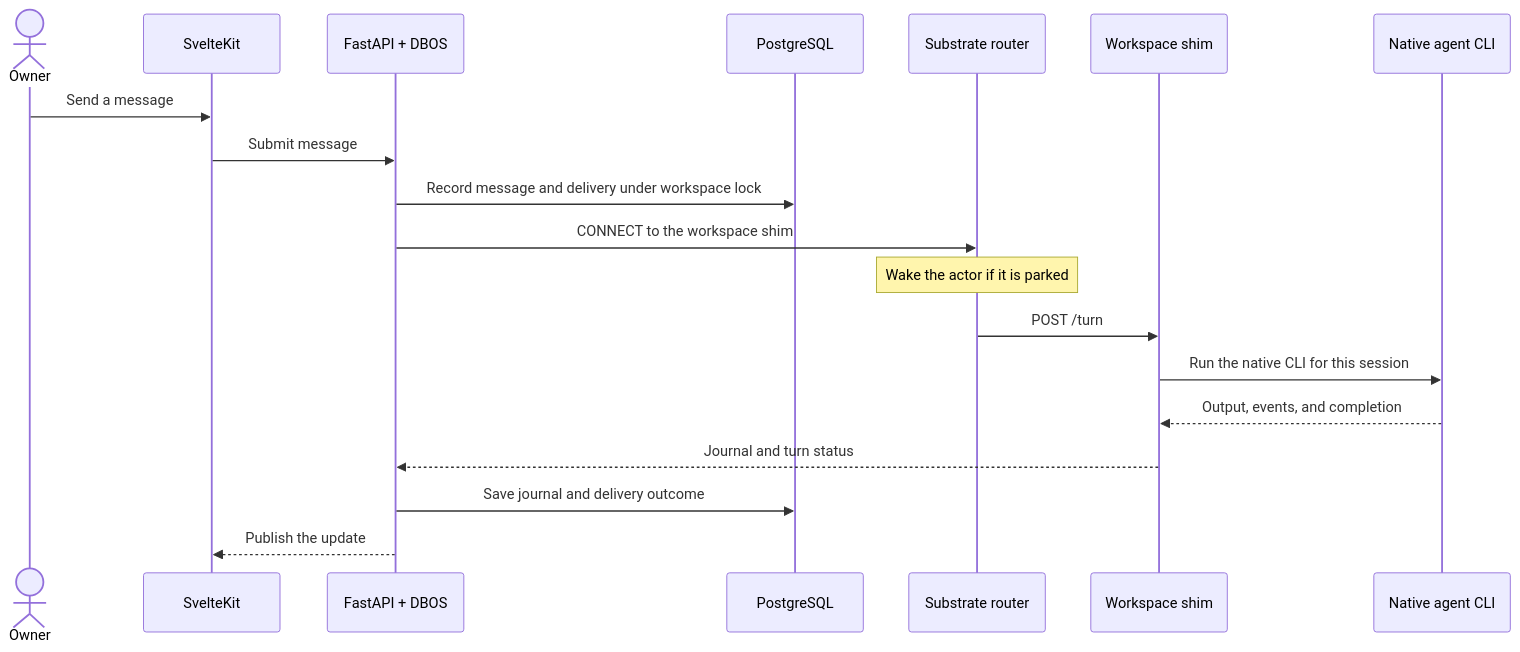
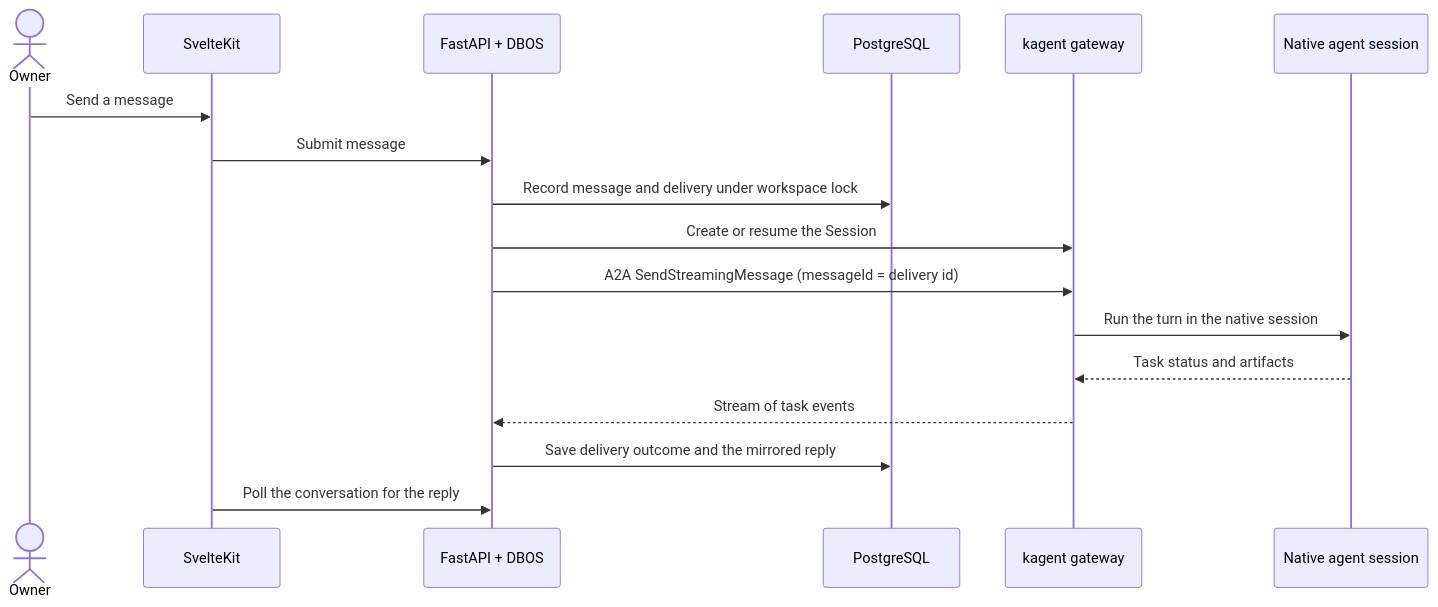
Before and after one commit to oldsj/mainloop: the third of 5 diagrams in docs/architecture.md, drawn with Mermaid. The commit also changed other lines of this file and 84 other files, not shown here.

````diff
--- a/docs/architecture.md
+++ b/docs/architecture.md
@@ -69,22 +70,20 @@
 ```mermaid
 sequenceDiagram
   actor Owner
   participant UI as SvelteKit
   participant Mainloop as FastAPI + DBOS
   participant DB as PostgreSQL
-  participant Router as Substrate router
-  participant Shim as Workspace shim
-  participant CLI as Native agent CLI
+  participant Kagent as kagent gateway
+  participant Agent as Native agent session
 
   Owner->>UI: Send a message
   UI->>Mainloop: Submit message
   Mainloop->>DB: Record message and delivery under workspace lock
-  Mainloop->>Router: CONNECT to the workspace shim
-  Note over Router: Wake the actor if it is parked
-  Router->>Shim: POST /turn
-  Shim->>CLI: Run the native CLI for this session
-  CLI-->>Shim: Output, events, and completion
-  Shim-->>Mainloop: Journal and turn status
-  Mainloop->>DB: Save journal and delivery outcome
-  Mainloop-->>UI: Publish the update
+  Mainloop->>Kagent: Create or resume the Session
+  Mainloop->>Kagent: A2A SendStreamingMessage (messageId = delivery id)
+  Kagent->>Agent: Run the turn in the native session
+  Agent-->>Kagent: Task status and artifacts
+  Kagent-->>Mainloop: Stream of task events
+  Mainloop->>DB: Save delivery outcome and the mirrored reply
+  UI->>Mainloop: Poll the conversation for the reply
 ```
````
